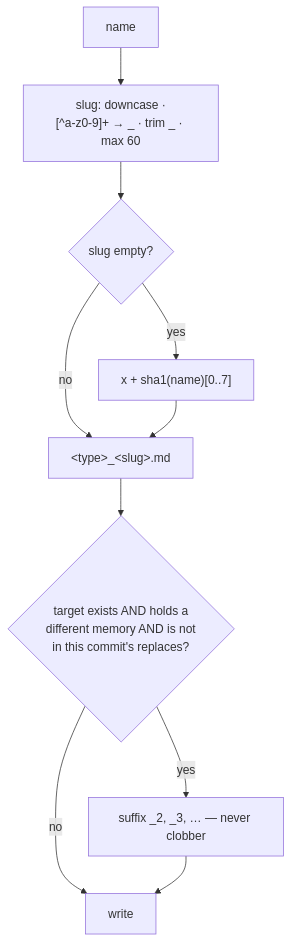
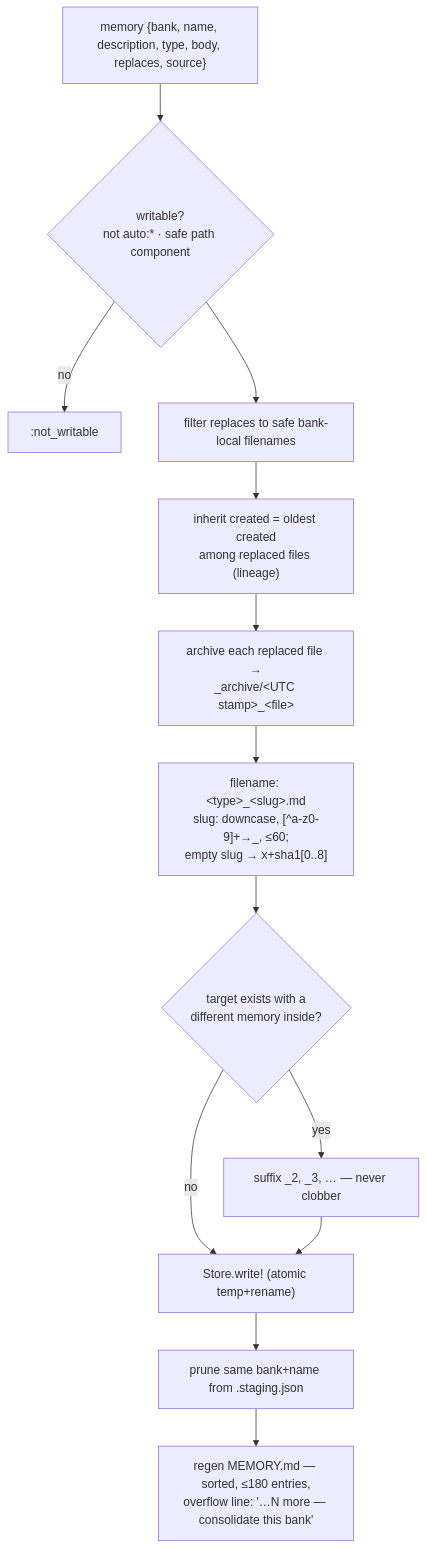
Before and after one commit to jgeschwendt/.claude: the third of 8 diagrams in @apps/web/lib/core/memory.md, drawn with Mermaid. The commit also changed other lines of this file and 23 other files, not shown here.

````diff
--- a/@apps/web/lib/core/memory.md
+++ b/@apps/web/lib/core/memory.md
@@ -99,12 +138,16 @@
 ```mermaid
 flowchart TD
-    N["name"] --> S["slug: downcase ·<br/>[^a-z0-9]+ → _ · trim _ · max 60"]
-    S --> E{slug empty?}
-    E -->|yes| H["x + sha1(name)[0..7]"]
-    E -->|no| F["&lt;type&gt;_&lt;slug&gt;.md"]
-    H --> F
-    F --> C{"target exists AND holds a<br/>different memory AND is not<br/>in this commit's replaces?"}
-    C -->|yes| X["suffix _2, _3, … — never clobber"]
-    C -->|no| W[write]
-    X --> W
+    IN["memory {bank, name, description, type, body, replaces, source}"]
+    IN --> W{"writable?<br/>not auto:* · safe path component"}
+    W -->|no| REJ[":not_writable"]
+    W --> R["filter replaces to safe bank-local filenames"]
+    R --> CR["inherit created = oldest created<br/>among replaced files (lineage)"]
+    CR --> AR["archive each replaced file →<br/>_archive/&lt;UTC stamp&gt;_&lt;file&gt;"]
+    AR --> FN["filename: &lt;type&gt;_&lt;slug&gt;.md<br/>slug: downcase, [^a-z0-9]+→_, ≤60;<br/>empty slug → x+sha1[0..8]"]
+    FN --> COL{"target exists with a<br/>different memory inside?"}
+    COL -->|yes| SUF["suffix _2, _3, … — never clobber"]
+    COL -->|no| WR
+    SUF --> WR["Store.write! (atomic temp+rename)"]
+    WR --> PR["prune same bank+name from .staging.json"]
+    PR --> IX["regen MEMORY.md — sorted, ≤180 entries,<br/>overflow line: '…N more — consolidate this bank'"]
 ```
````
